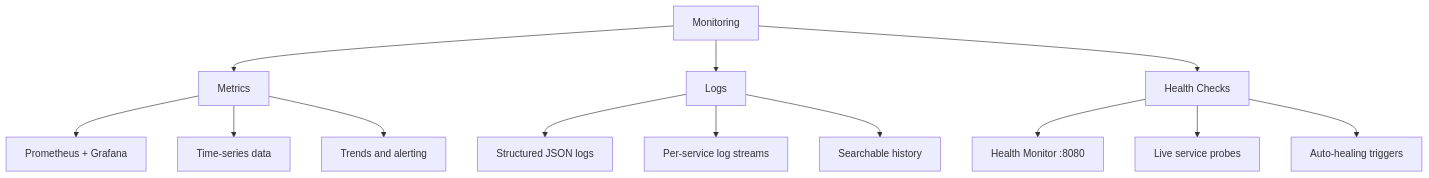
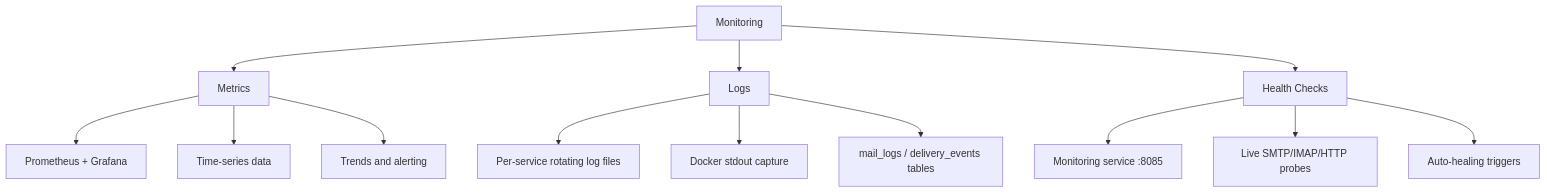
The diagram in docs/monitoring/overview.md (Techies-Africa/mailyte-mail-server-community), drawn with Mermaid before and after one commit. The commit also changed other lines of this file and 481 other files, not shown here.

````diff
--- a/docs/monitoring/overview.md
+++ b/docs/monitoring/overview.md
@@ -9,15 +9,15 @@
 ```mermaid
 graph TD
     A[Monitoring] --> B[Metrics]
     A --> C[Logs]
     A --> D[Health Checks]
     B --> B1[Prometheus + Grafana]
     B --> B2[Time-series data]
     B --> B3[Trends and alerting]
-    C --> C1[Structured JSON logs]
-    C --> C2[Per-service log streams]
-    C --> C3[Searchable history]
-    D --> D1[Health Monitor :8080]
-    D --> D2[Live service probes]
+    C --> C1[Per-service rotating log files]
+    C --> C2[Docker stdout capture]
+    C --> C3[mail_logs / delivery_events tables]
+    D --> D1[Monitoring service :8085]
+    D --> D2[Live SMTP/IMAP/HTTP probes]
     D --> D3[Auto-healing triggers]
 ```
````
